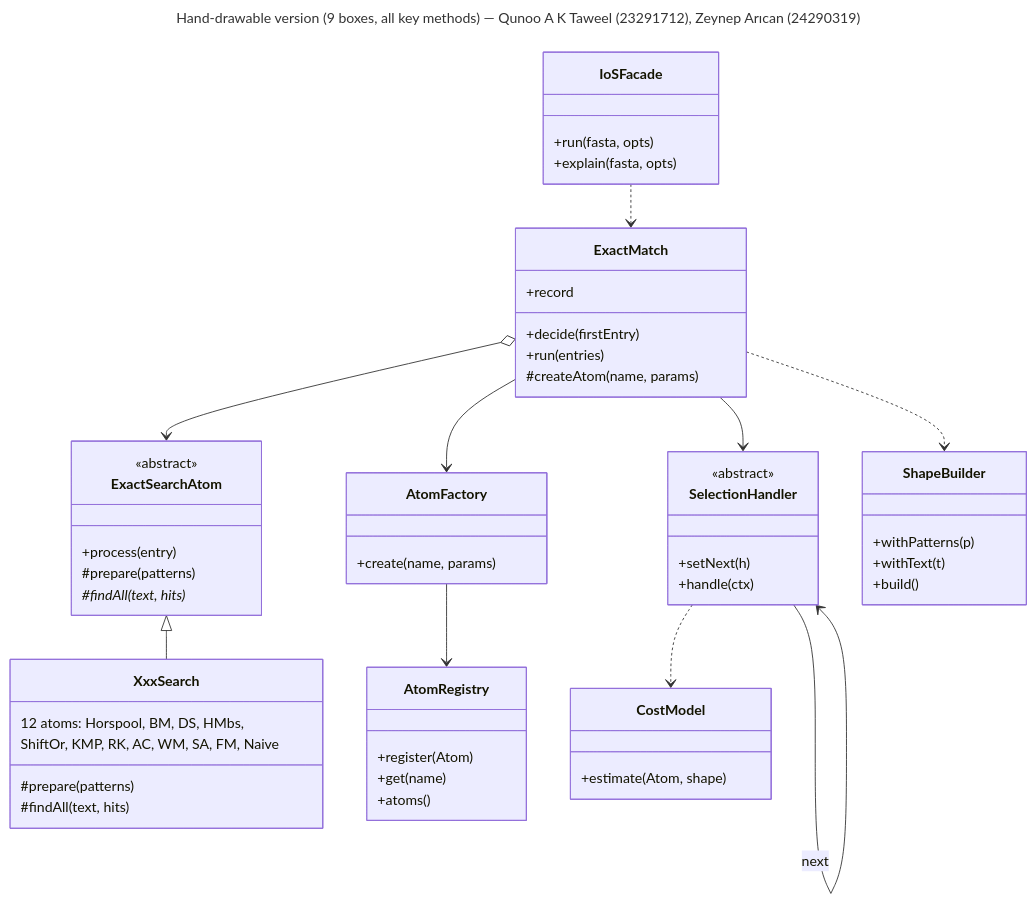
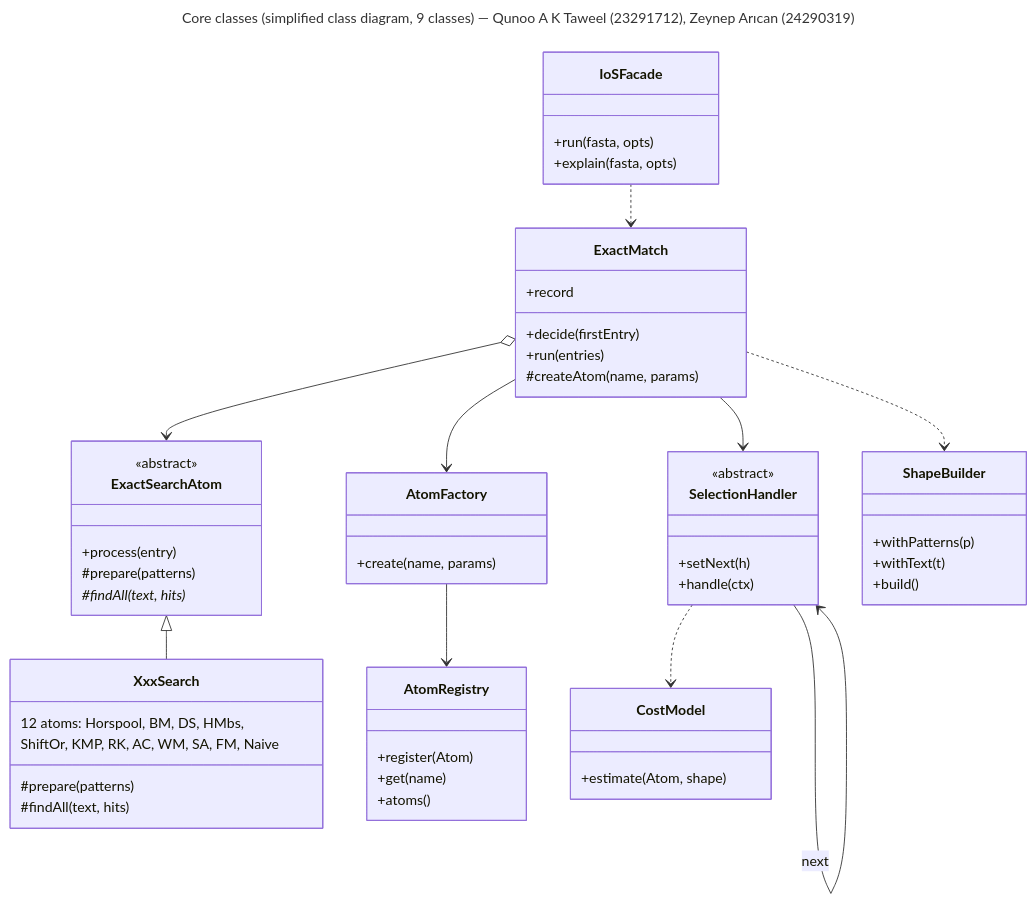
One commit to Qanoo-Taweel/ios-adaptive-exact-match changed the seventh of 7 diagrams in docs/uml/README.md. Above: the diagram before and after it, drawn with Mermaid. The commit also changed other lines of this file and 54 other files, not shown here.

Commit message:
Documentation cleanup: neutral pattern notes, simplified core-class diagram, group members, assignment wording

````diff
--- a/docs/uml/README.md
+++ b/docs/uml/README.md
@@ -499,59 +499,59 @@
 ```mermaid
 ---
-title: Hand-drawable version (9 boxes, all key methods) — Qunoo A K Taweel (23291712), Zeynep Arıcan (24290319)
+title: Core classes (simplified class diagram, 9 classes) — Qunoo A K Taweel (23291712), Zeynep Arıcan (24290319)
 ---
 classDiagram
   direction TB
   class ExactSearchAtom {
     <<abstract>>
     +process(entry)
     #prepare(patterns)
     #findAll(text, hits)*
   }
   class XxxSearch {
     12 atoms: Horspool, BM, DS, HMbs,
     ShiftOr, KMP, RK, AC, WM, SA, FM, Naive
     #prepare(patterns)
     #findAll(text, hits)
   }
   class ExactMatch {
     +record
     +decide(firstEntry)
     +run(entries)
     #createAtom(name, params)
   }
   class AtomRegistry {
     +register(Atom)
     +get(name)
     +atoms()
   }
   class AtomFactory {
     +create(name, params)
   }
   class SelectionHandler {
     <<abstract>>
     +setNext(h)
     +handle(ctx)
   }
   class CostModel {
     +estimate(Atom, shape)
   }
   class ShapeBuilder {
     +withPatterns(p)
     +withText(t)
     +build()
   }
   class IoSFacade {
     +run(fasta, opts)
     +explain(fasta, opts)
   }
   ExactSearchAtom <|-- XxxSearch
   ExactMatch o--> ExactSearchAtom
   ExactMatch --> SelectionHandler
   ExactMatch --> AtomFactory
   ExactMatch ..> ShapeBuilder
   SelectionHandler --> SelectionHandler : next
   SelectionHandler ..> CostModel
   AtomFactory --> AtomRegistry
   IoSFacade ..> ExactMatch
 ```
````
